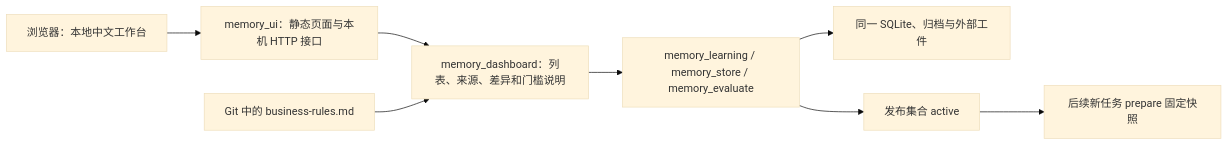
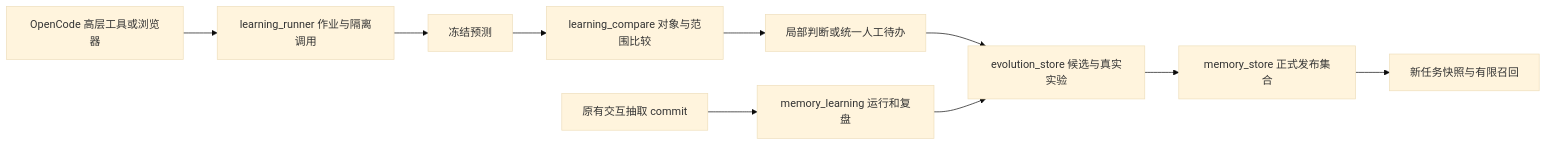
The diagram in docs/memory-architecture.md (zza1211/extract_skill_1015), drawn with Mermaid (base theme) before and after one commit. The commit also changed other lines of this file and 30 other files, not shown here.

Commit message:
Add blind label learning and validated experience evolution

````diff
--- a/docs/memory-architecture.md
+++ b/docs/memory-architecture.md
@@ -300,10 +17,12 @@
 ```mermaid
 flowchart LR
-    A["浏览器：本地中文工作台"] --> B["memory_ui：静态页面与本机 HTTP 接口"]
-    B --> C["memory_dashboard：列表、来源、差异和门槛说明"]
-    C --> D["memory_learning / memory_store / memory_evaluate"]
-    D --> E["同一 SQLite、归档与外部工件"]
-    F["Git 中的 business-rules.md"] --> C
-    D --> G["发布集合 active"]
-    G --> H["后续新任务 prepare 固定快照"]
+    A[OpenCode 高层工具或浏览器] --> B[learning_runner 作业与隔离调用]
+    B --> C[冻结预测]
+    C --> D[learning_compare 对象与范围比较]
+    D --> E[局部判断或统一人工待办]
+    E --> F[evolution_store 候选与真实实验]
+    F --> G[memory_store 正式发布集合]
+    G --> H[新任务快照与有限召回]
+    I[原有交互抽取 commit] --> J[memory_learning 运行和复盘]
+    J --> F
 ```
````
